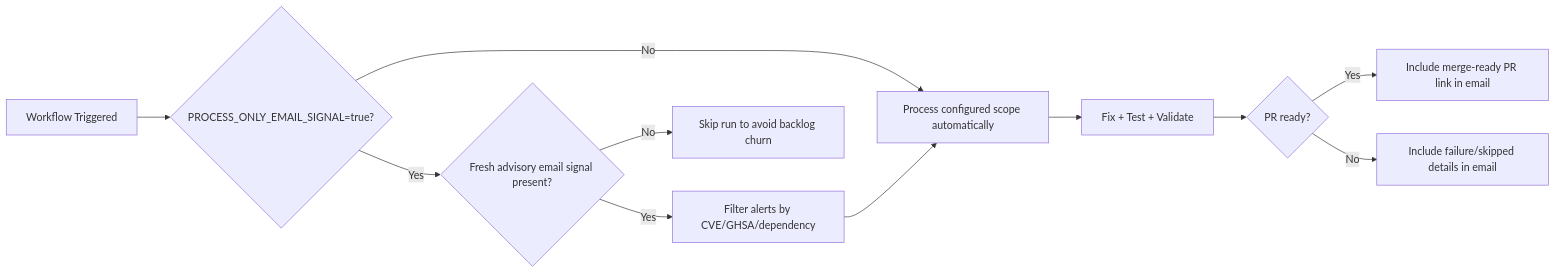
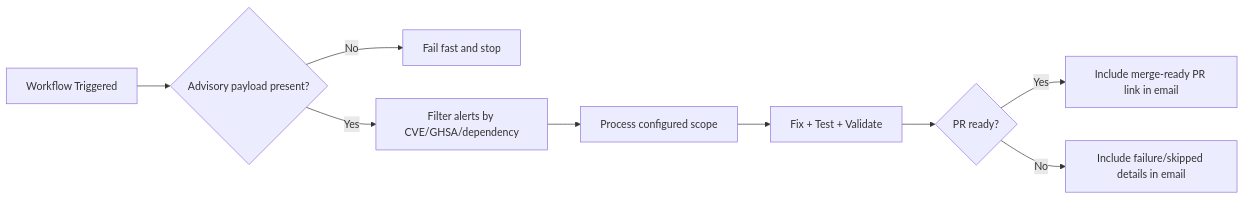
The third of 3 diagrams in .github/docs/ARCHITECTURE.md (reyesrico/github-vuln-pr-agent), drawn with Mermaid before and after one commit. The commit also changed other lines of this file and 6 other files, not shown here.

````diff
--- a/.github/docs/ARCHITECTURE.md
+++ b/.github/docs/ARCHITECTURE.md
@@ -98,13 +98,11 @@
 ```mermaid
 flowchart LR
-	A[Workflow Triggered] --> B{PROCESS_ONLY_EMAIL_SIGNAL=true?}
-	B -- No --> C[Process configured scope automatically]
-	B -- Yes --> D{Fresh advisory email signal present?}
-	D -- No --> E[Skip run to avoid backlog churn]
-	D -- Yes --> F[Filter alerts by CVE/GHSA/dependency]
-	F --> C
+	A[Workflow Triggered] --> B{Advisory payload present?}
+	B -- No --> E[Fail fast and stop]
+	B -- Yes --> F[Filter alerts by CVE/GHSA/dependency]
+	F --> C[Process configured scope]
 	C --> G[Fix + Test + Validate]
 	G --> H{PR ready?}
 	H -- Yes --> I[Include merge-ready PR link in email]
 	H -- No --> J[Include failure/skipped details in email]
 ```
````
